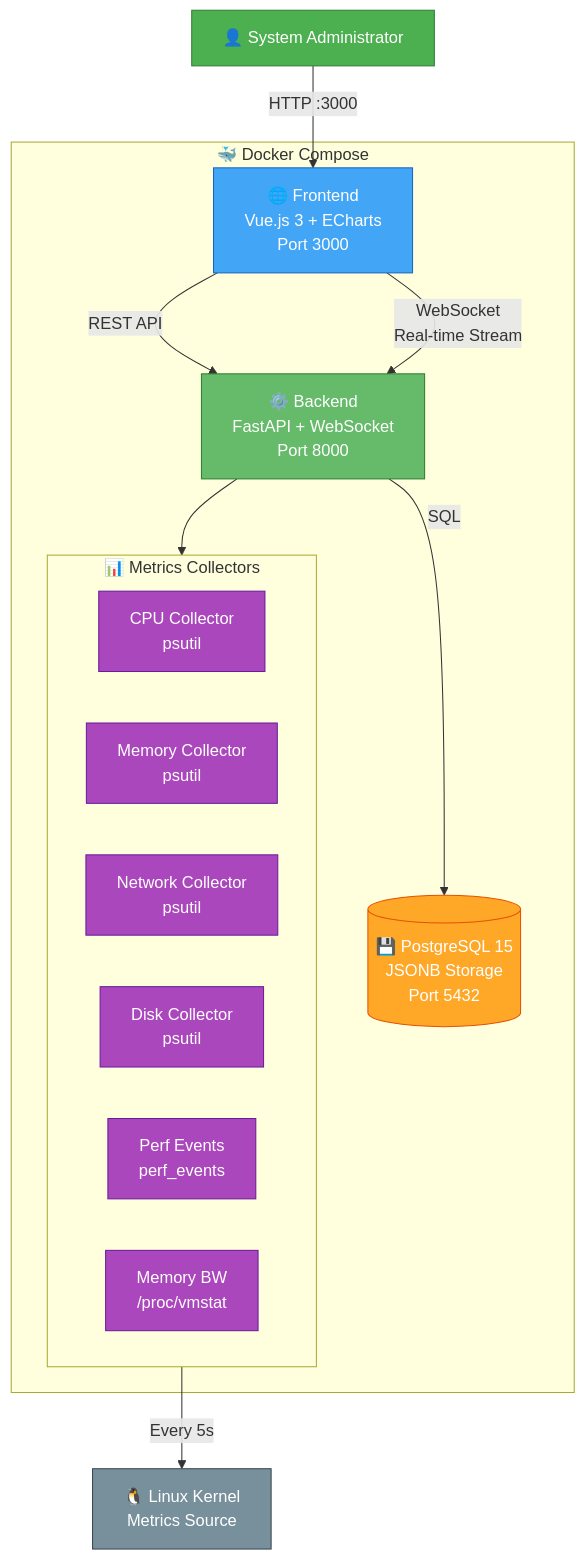
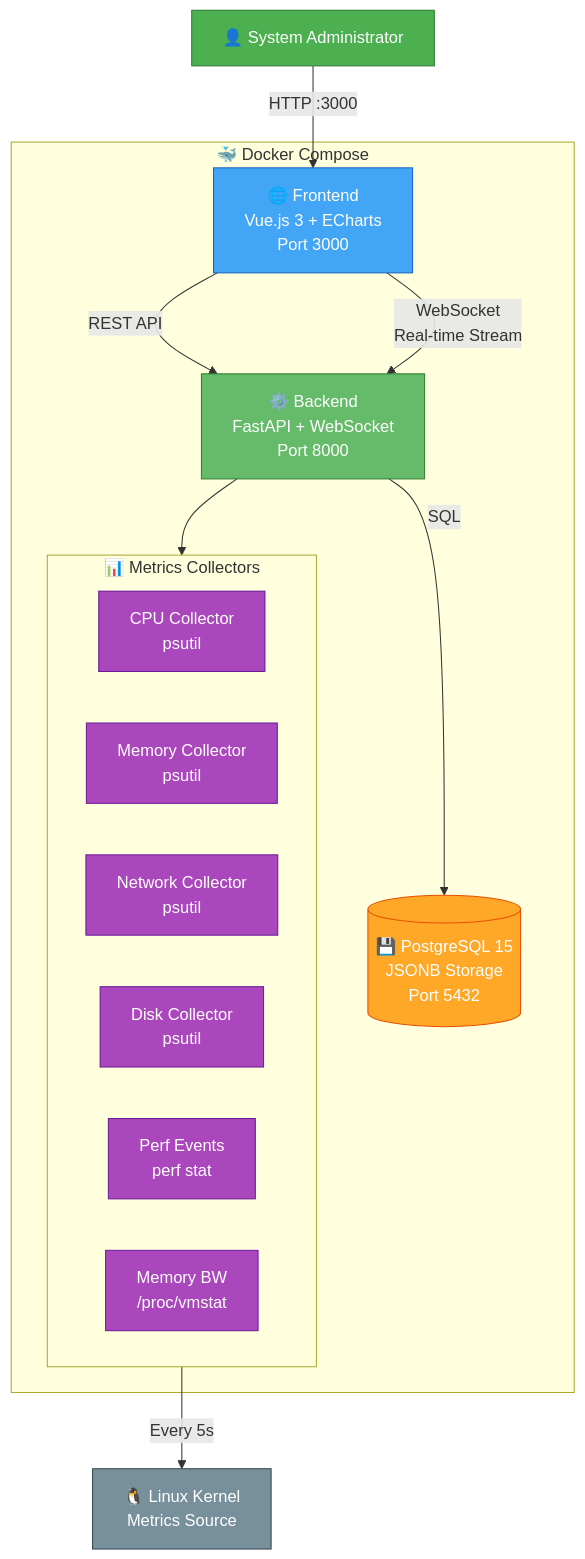
Before and after one commit to zhyndalf/perfwatch: the second of 2 diagrams in README.md, drawn with Mermaid. The commit also changed other lines of this file and 52 other files, not shown here.

Commit message:
refactor: perf stat collector and docs sync

````diff
--- a/README.md
+++ b/README.md
@@ -218,42 +218,42 @@
 ```mermaid
 graph TB
     User[👤 System Administrator]
 
     subgraph Docker["🐳 Docker Compose"]
         Frontend[🌐 Frontend<br/>Vue.js 3 + ECharts<br/>Port 3000]
         Backend[⚙️ Backend<br/>FastAPI + WebSocket<br/>Port 8000]
         Database[(💾 PostgreSQL 15<br/>JSONB Storage<br/>Port 5432)]
 
         subgraph Collectors["📊 Metrics Collectors"]
             CPU[CPU Collector<br/>psutil]
             Memory[Memory Collector<br/>psutil]
             Network[Network Collector<br/>psutil]
             Disk[Disk Collector<br/>psutil]
-            Perf[Perf Events<br/>perf_events]
+            Perf[Perf Events<br/>perf stat]
             Bandwidth[Memory BW<br/>/proc/vmstat]
         end
     end
 
     LinuxKernel[🐧 Linux Kernel<br/>Metrics Source]
 
     User -->|HTTP :3000| Frontend
     Frontend -->|REST API| Backend
     Frontend -->|WebSocket<br/>Real-time Stream| Backend
     Backend -->|SQL| Database
     Backend --> Collectors
     Collectors -->|Every 5s| LinuxKernel
 
     classDef userStyle fill:#4CAF50,stroke:#2E7D32,color:#fff
     classDef frontendStyle fill:#42A5F5,stroke:#1565C0,color:#fff
     classDef backendStyle fill:#66BB6A,stroke:#2E7D32,color:#fff
     classDef dbStyle fill:#FFA726,stroke:#E65100,color:#fff
     classDef collectorStyle fill:#AB47BC,stroke:#6A1B9A,color:#fff
     classDef kernelStyle fill:#78909C,stroke:#37474F,color:#fff
 
     class User userStyle
     class Frontend frontendStyle
     class Backend backendStyle
     class Database dbStyle
     class CPU,Memory,Network,Disk,Perf,Bandwidth collectorStyle
     class LinuxKernel kernelStyle
 ```
````
